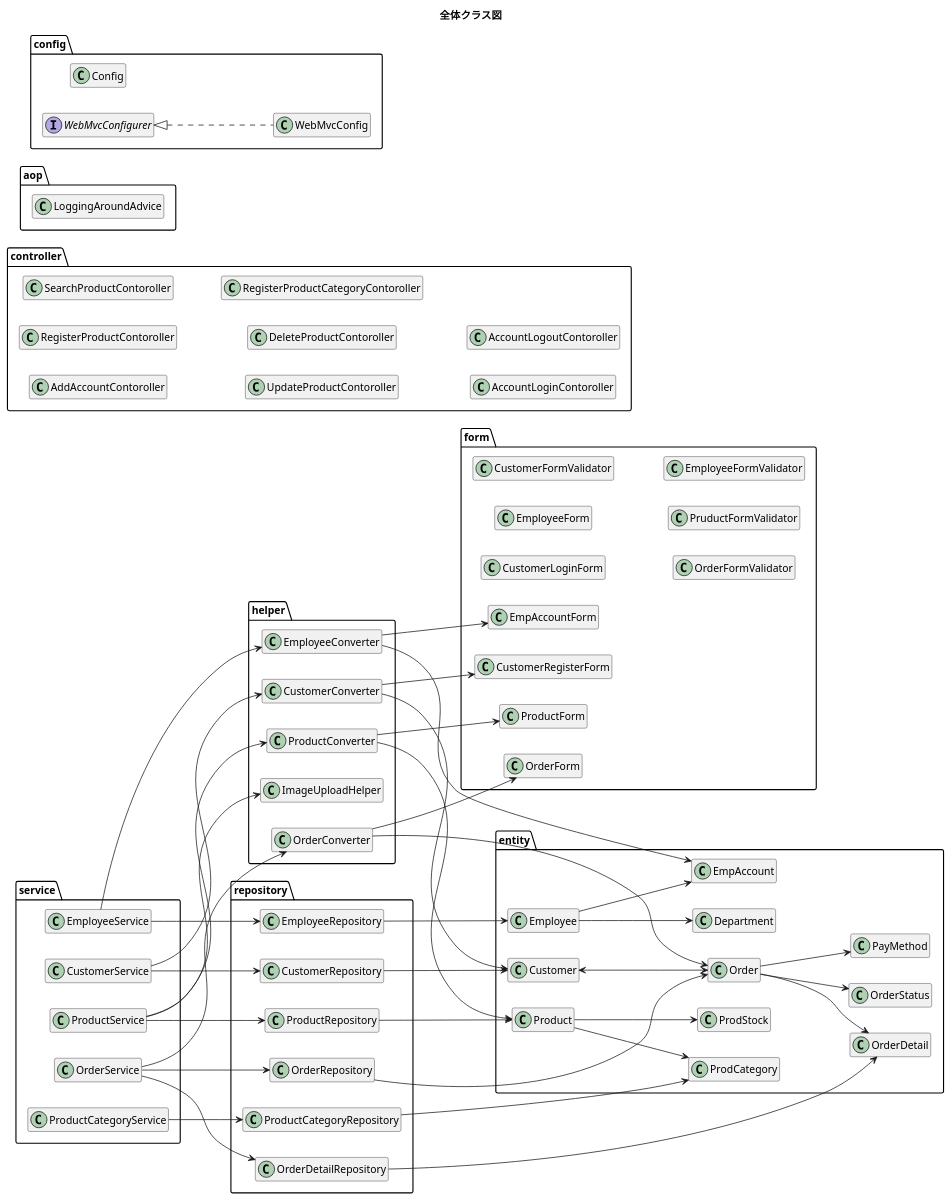
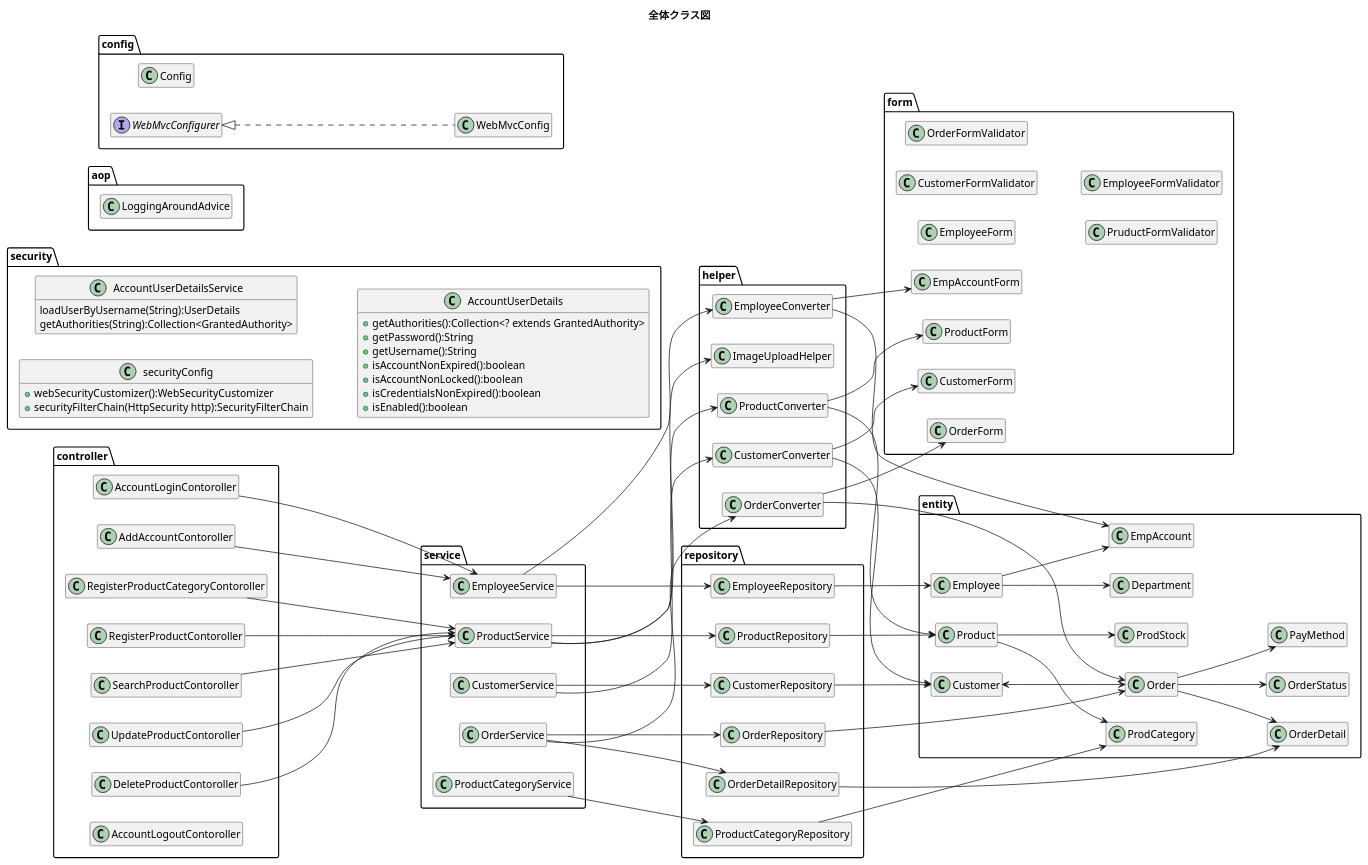
Before and after one commit to kanavii3333/ec-b: the diagram in plan/uml/class/all.plantuml, drawn with PlantUML. The commit also changed 11 other files, not shown here.

Commit message:
formのクラス図修正

```diff
--- a/plan/uml/class/all.plantuml
+++ b/plan/uml/class/all.plantuml
@@ -48,10 +48,8 @@
 Employee --> Department
 
 package form{
-    class CustomerLoginForm{
-    }
     
-    class CustomerRegisterForm{
+    class CustomerForm{
     }
 
     class OrderForm{
@@ -96,7 +94,7 @@
     }
 }
 CustomerConverter --> Customer
-CustomerConverter --> CustomerRegisterForm
+CustomerConverter --> CustomerForm
 OrderConverter --> Order
 OrderConverter --> OrderForm
 ProductConverter --> Product
@@ -169,8 +167,6 @@
     }
     class SearchProductContoroller{
     }
-    class SearchProductContoroller{
-    }
     class UpdateProductContoroller{
     }
     class DeleteProductContoroller{
@@ -182,6 +178,13 @@
     class  AccountLogoutContoroller{
     }
 }
+AddAccountContoroller --> EmployeeService
+RegisterProductContoroller --> ProductService
+SearchProductContoroller --> ProductService
+UpdateProductContoroller --> ProductService
+DeleteProductContoroller --> ProductService
+RegisterProductCategoryContoroller --> ProductService
+AccountLoginContoroller --> EmployeeService
 
 package aop{
    class LoggingAroundAdvice {
@@ -194,4 +197,26 @@
     class WebMvcConfig implements WebMvcConfigurer {
     }
 }
+
+package security{
+
+		class securityConfig{
+			+ webSecurityCustomizer():WebSecurityCustomizer
+			+ securityFilterChain(HttpSecurity http):SecurityFilterChain
+		}
+		class AccountUserDetailsService{
+			loadUserByUsername(String):UserDetails
+			getAuthorities(String):Collection<GrantedAuthority>
+		}
+		class AccountUserDetails{
+			+getAuthorities():Collection<? extends GrantedAuthority>
+			+getPassword():String
+			+getUsername():String
+			+isAccountNonExpired():boolean
+			+isAccountNonLocked():boolean
+			+isCredentialsNonExpired():boolean
+			+isEnabled():boolean
+		}
+	
+}
 @enduml
```
